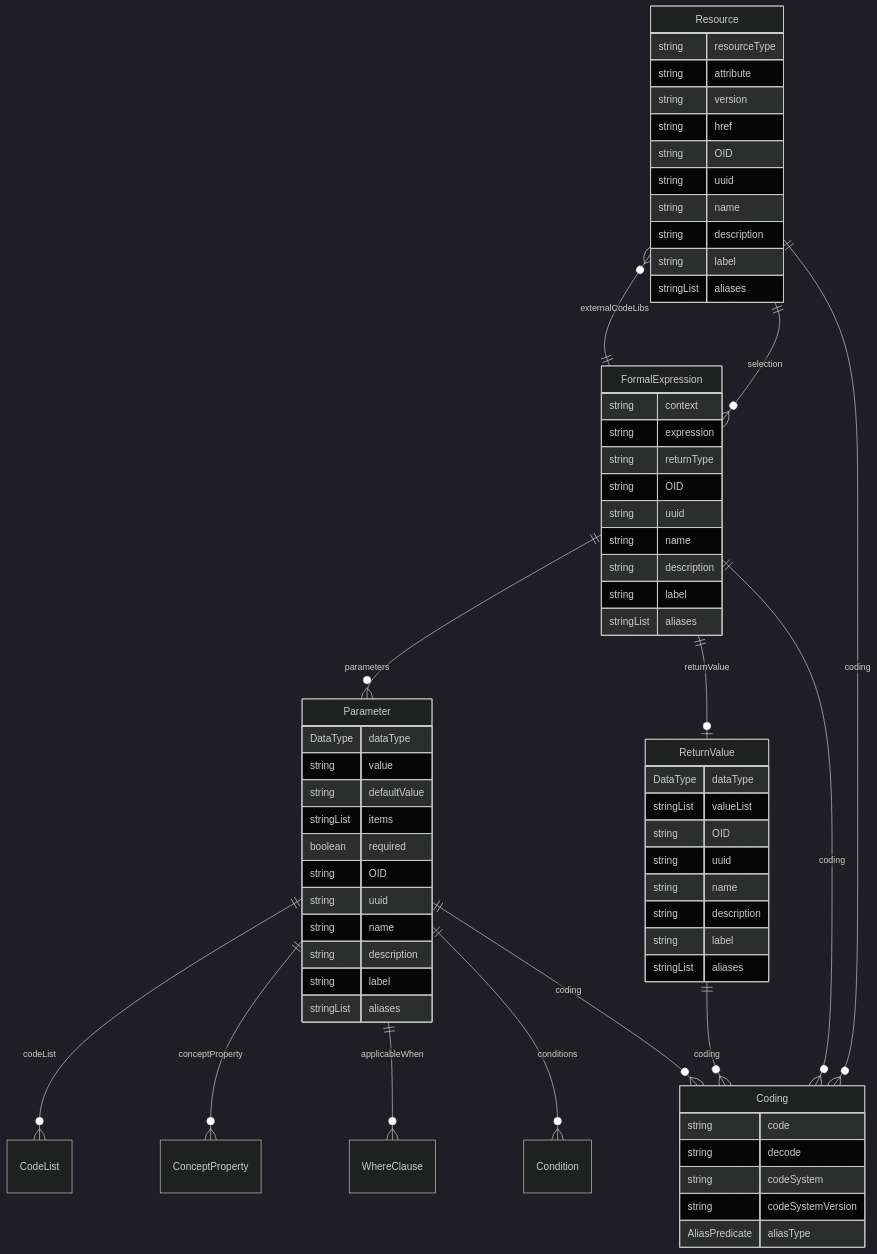
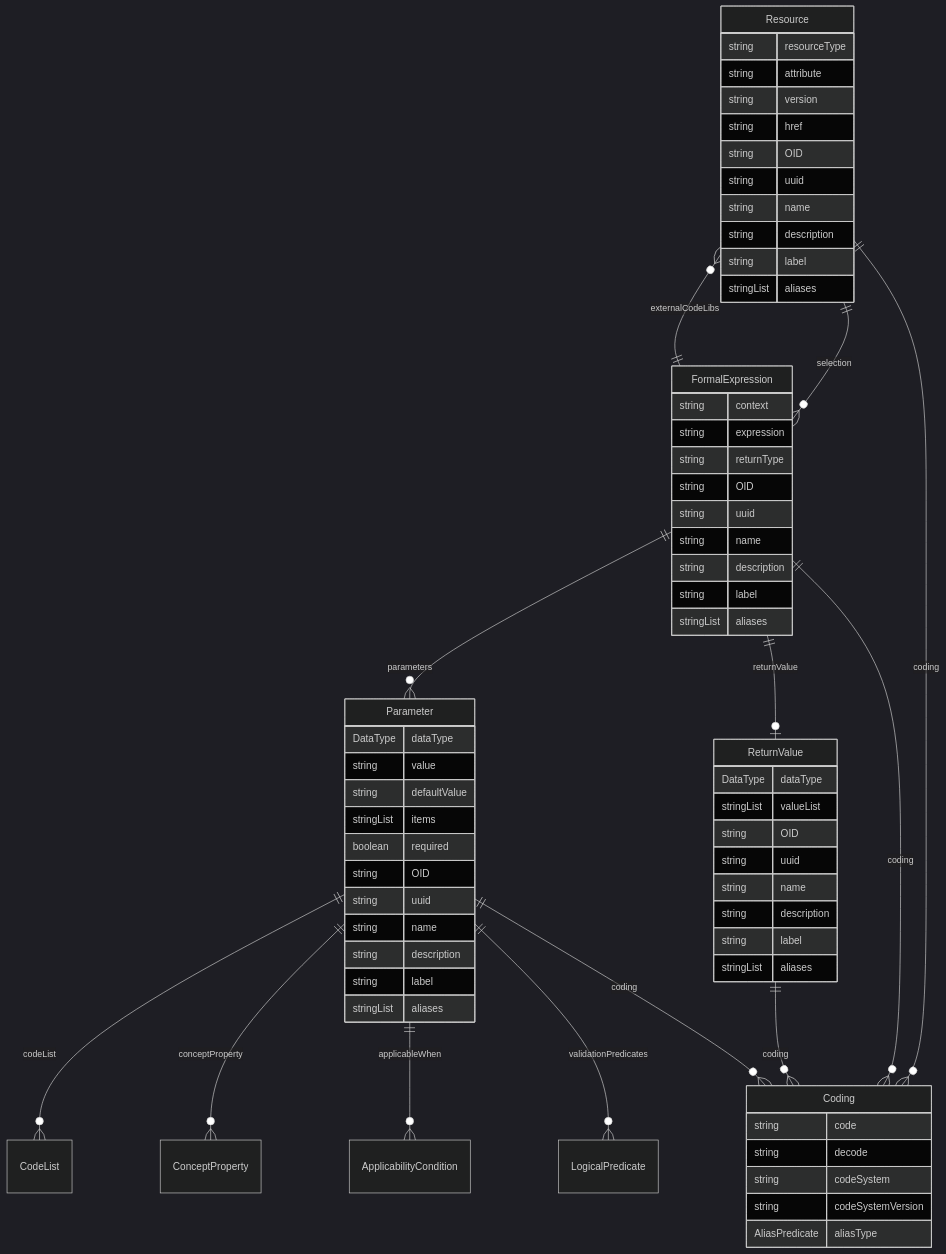
The diagram in docs/classes/Resource.md (TeMeta/define-json), drawn with Mermaid (dark theme) before and after one commit. The commit also changed other lines of this file and 350 other files, not shown here.

````diff
--- a/docs/classes/Resource.md
+++ b/docs/classes/Resource.md
@@ -15,70 +15,70 @@
 ```mermaid
 erDiagram
 Resource {
     string resourceType  
     string attribute  
     string version  
     string href  
     string OID  
     string uuid  
     string name  
     string description  
     string label  
     stringList aliases  
 }
 Coding {
     string code  
     string decode  
     string codeSystem  
     string codeSystemVersion  
     AliasPredicate aliasType  
 }
 FormalExpression {
     string context  
     string expression  
     string returnType  
     string OID  
     string uuid  
     string name  
     string description  
     string label  
     stringList aliases  
 }
 ReturnValue {
     DataType dataType  
     stringList valueList  
     string OID  
     string uuid  
     string name  
     string description  
     string label  
     stringList aliases  
 }
 Parameter {
     DataType dataType  
     string value  
     string defaultValue  
     stringList items  
     boolean required  
     string OID  
     string uuid  
     string name  
     string description  
     string label  
     stringList aliases  
 }
 
 Resource ||--}o FormalExpression : "selection"
 Resource ||--}o Coding : "coding"
 FormalExpression ||--}o Parameter : "parameters"
 FormalExpression ||--|o ReturnValue : "returnValue"
 FormalExpression ||--}o Resource : "externalCodeLibs"
 FormalExpression ||--}o Coding : "coding"
 ReturnValue ||--}o Coding : "coding"
 Parameter ||--}o CodeList : "codeList"
 Parameter ||--}o ConceptProperty : "conceptProperty"
-Parameter ||--}o WhereClause : "applicableWhen"
-Parameter ||--}o Condition : "conditions"
+Parameter ||--}o ApplicabilityCondition : "applicableWhen"
+Parameter ||--}o LogicalPredicate : "validationPredicates"
 Parameter ||--}o Coding : "coding"
 
 ```
````
